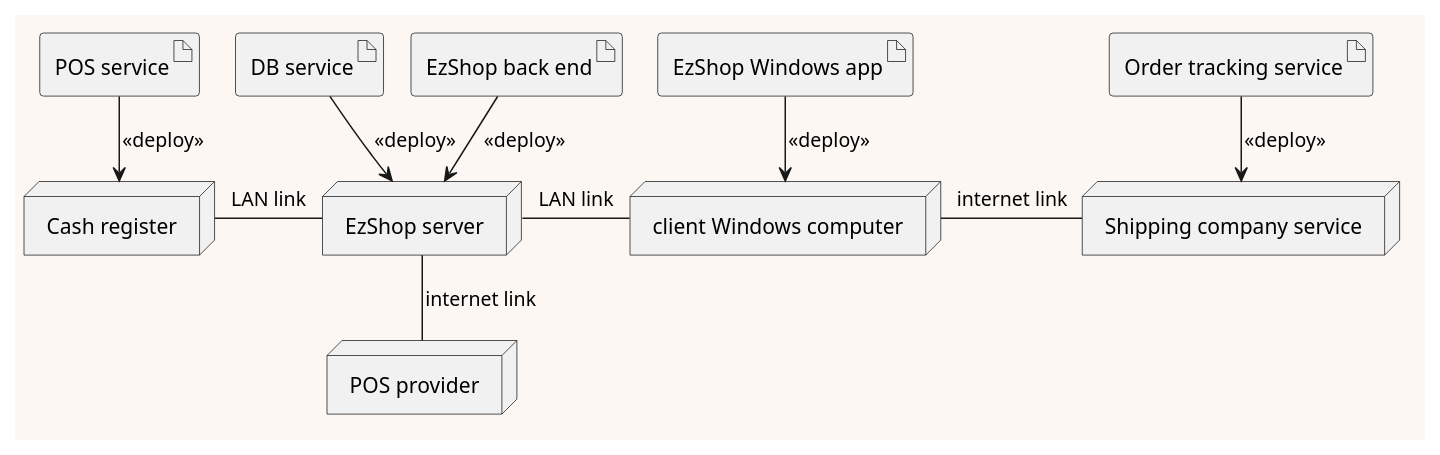
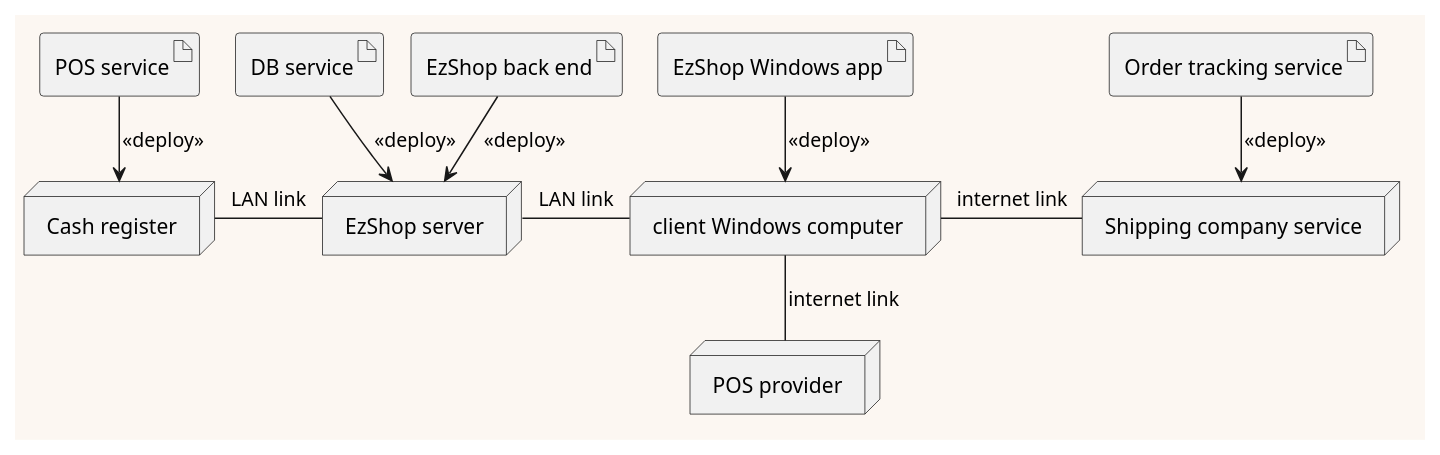
Before and after one commit to Giuseppeclv008/Project: the third of 3 diagrams in res/plantuml/diagrams.md, drawn with PlantUML. The commit also changed 1 other file, not shown here.

Commit message:
fix: made diagram consistent with system design

````diff
--- a/res/plantuml/diagrams.md
+++ b/res/plantuml/diagrams.md
@@ -214,33 +214,35 @@
 ```plantuml
 @startuml deploymentDiagram
 !pragma layout smetana
 skinparam backgroundColor #fcf7f2
 
 ' Define artifact symbol with file icon
 artifact "POS service" as POS
 artifact "EzShop Windows app" as EzShopWinApp
 artifact "Order tracking service" as OrderTracking
 artifact "DB service" as DBService
 artifact "EzShop back end" as EzShopBackEnd
 
 node "Cash register" as CashRegister
 node "client Windows computer" as ClientPC
 node "Shipping company service" as ShippingService
 node "EzShop server" as EzShopServer
 node "POS provider" as pos
 
 ' Deployment relationships (dashed with <<deploy>>)
 POS --> CashRegister : <<deploy>>
 EzShopWinApp --> ClientPC : <<deploy>>
 OrderTracking --> ShippingService : <<deploy>>
 DBService --> EzShopServer : <<deploy>>
 EzShopBackEnd --> EzShopServer : <<deploy>>
 
-' Network links (solid lines with labels)
+' Network links (LAN)
 CashRegister -r- EzShopServer : LAN link
 ClientPC -l- EzShopServer : LAN link
+
+' Network links (internet)
 ClientPC -r- ShippingService : internet link
-EzShopServer -- pos: internet link
+ClientPC -- pos: internet link
 @enduml
 
 ```
````
